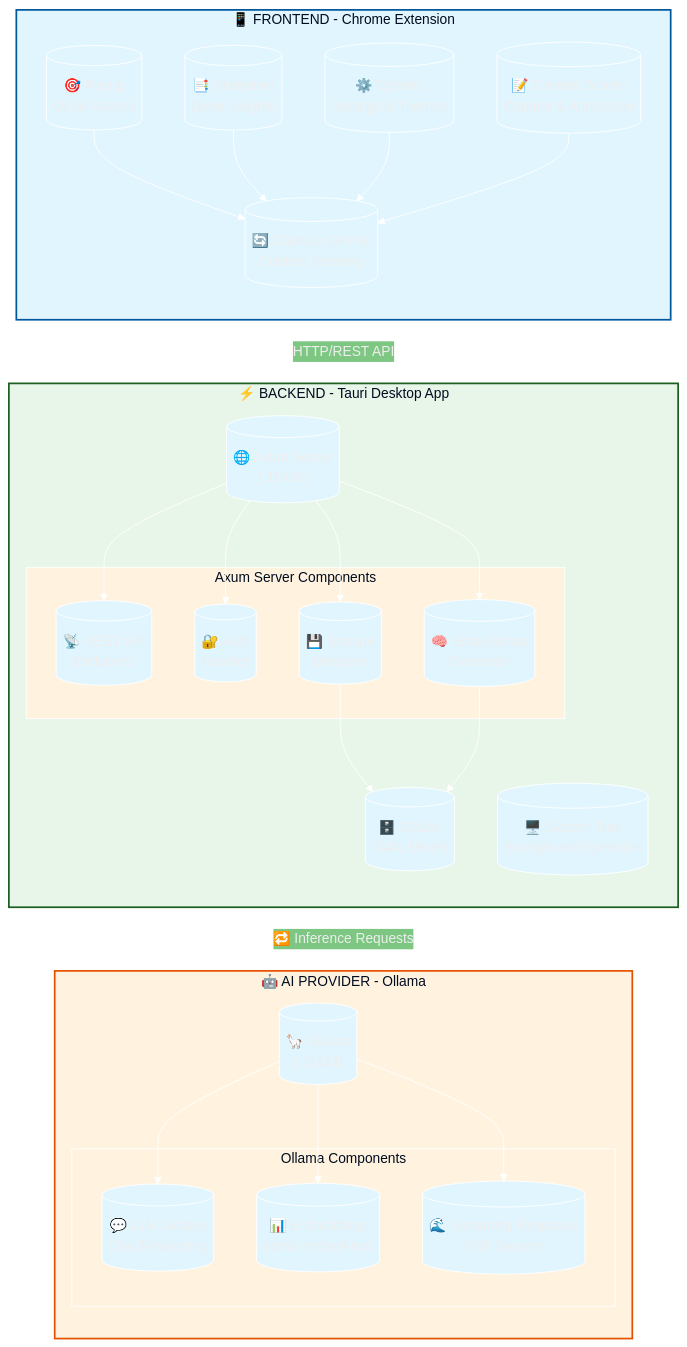
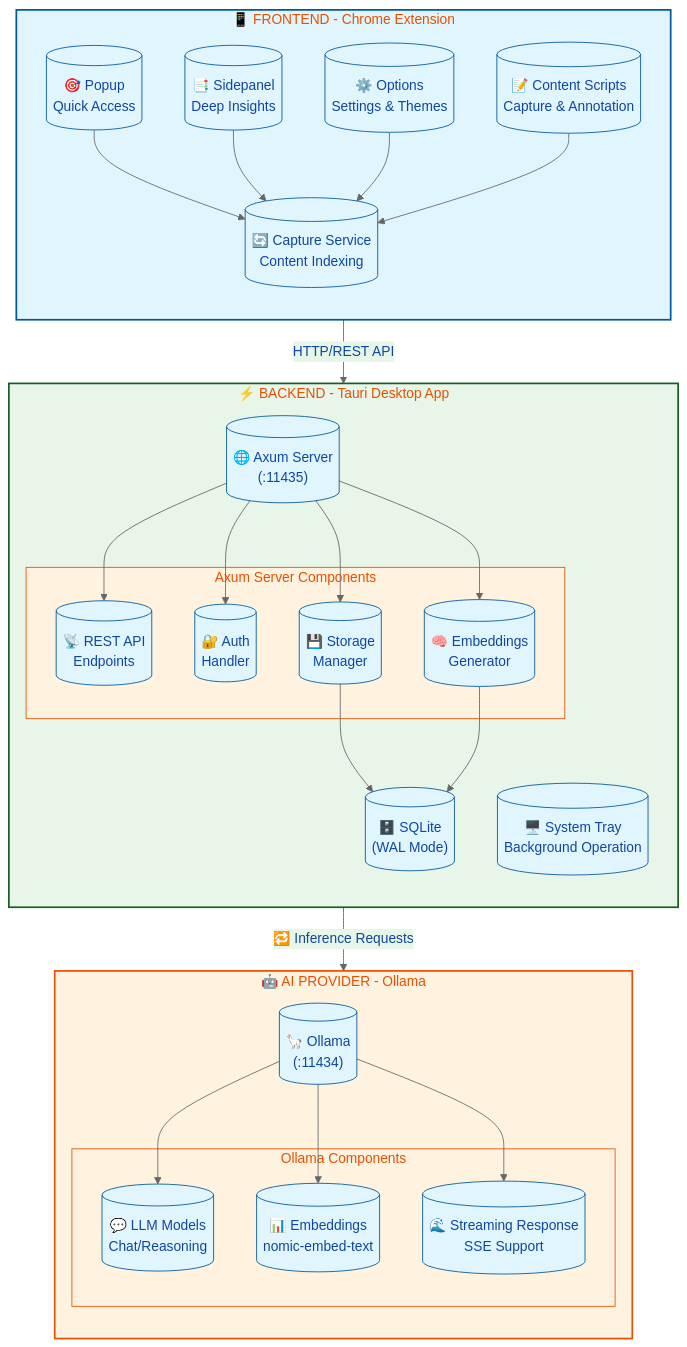
The diagram in README.md (Flaxmbot/Second-Brain), drawn with Mermaid before and after one commit. The commit also changed other lines of this file and 1 other file, not shown here.

````diff
--- a/README.md
+++ b/README.md
@@ -80,63 +55,80 @@
 ```mermaid
-%%{init: {'theme': 'base', 'themeVariables': { 'darkMode': true, 'background': 'transparent', 'primaryColor': '#e1f5fe', 'lineColor': '#ffffff', 'secondaryColor': '#e8f5e9', 'tertiaryColor': '#fff3e0'}}}%%
+%%{
+  init: {
+    'theme': 'base',
+    'themeVariables': {
+      'background': 'transparent',
+      'primaryColor': '#e1f5fe',
+      'primaryTextColor': '#0d47a1',
+      'primaryBorderColor': '#01579b',
+      'lineColor': '#666666',
+      'secondaryColor': '#e8f5e9',
+      'secondaryTextColor': '#1b5e20',
+      'secondaryBorderColor': '#1b5e20',
+      'tertiaryColor': '#fff3e0',
+      'tertiaryTextColor': '#e65100',
+      'tertiaryBorderColor': '#e65100'
+    }
+  }
+}%%
 flowchart TB
     subgraph Frontend["📱 FRONTEND - Chrome Extension"]
         direction TB
         popup[("🎯 Popup<br/>Quick Access")]
         sidepanel[("📑 Sidepanel<br/>Deep Insights")]
         options[("⚙️ Options<br/>Settings & Themes")]
         content[("📝 Content Scripts<br/>Capture & Annotation")]
         capture[("🔄 Capture Service<br/>Content Indexing")]
         
         popup --> capture
         sidepanel --> capture
         options --> capture
         content --> capture
     end
     
     Frontend -->|"HTTP/REST API"| Backend["⚡ BACKEND - Tauri Desktop App"]
     
     subgraph Backend["⚡ BACKEND - Tauri Desktop App"]
         direction TB
         axum[("🌐 Axum Server<br/>(:11435)")]
         
         subgraph Axum["Axum Server Components"]
             rest[("📡 REST API<br/>Endpoints")]
             auth[("🔐 Auth<br/>Handler")]
             storage[("💾 Storage<br/>Manager")]
             embeddings[("🧠 Embeddings<br/>Generator")]
         end
         
         axum --> rest
         axum --> auth
         axum --> storage
         axum --> embeddings
         
         tray[("🖥️ System Tray<br/>Background Operation")]
         db[("🗄️ SQLite<br/>(WAL Mode)")]
         
         storage --> db
         embeddings --> db
     end
     
     Backend -->|"🔁 Inference Requests"| Ollama["🤖 AI PROVIDER - Ollama"]
     
     subgraph Ollama["🤖 AI PROVIDER - Ollama"]
         direction TB
         ollama[("🦙 Ollama<br/>(:11434)")]
         
         subgraph OllamaComp["Ollama Components"]
             llm[("💬 LLM Models<br/>Chat/Reasoning")]
             emb[("📊 Embeddings<br/>nomic-embed-text")]
             stream[("🌊 Streaming Response<br/>SSE Support")]
         end
         
         ollama --> llm
         ollama --> emb
         ollama --> stream
     end
     
     style Frontend fill:#e1f5fe,stroke:#01579b,stroke-width:2px
     style Backend fill:#e8f5e9,stroke:#1b5e20,stroke-width:2px
     style Ollama fill:#fff3e0,stroke:#e65100,stroke-width:2px
 ```
````
